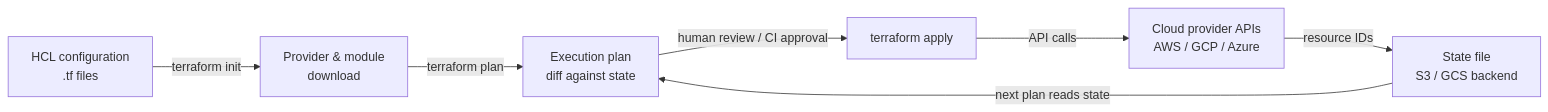
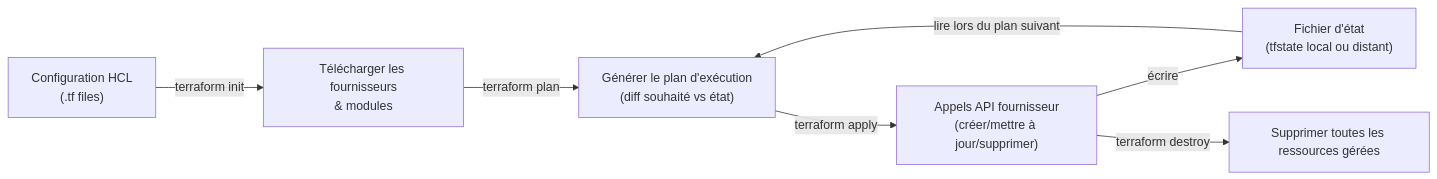
One commit to EmersonBraun/ai-summary-hub changed the diagram in i18n/fr/docusaurus-plugin-content-docs/current/mlops/iac/terraform.md. Above: the diagram before and after it, drawn with Mermaid. The commit also changed other lines of this file and 242 other files, not shown here.

````diff
--- a/i18n/fr/docusaurus-plugin-content-docs/current/mlops/iac/terraform.md
+++ b/i18n/fr/docusaurus-plugin-content-docs/current/mlops/iac/terraform.md
@@ -35,9 +21,9 @@
 ```mermaid
 flowchart LR
-  HCL[HCL configuration\n.tf files] -->|"terraform init"| Init[Provider & module\ndownload]
-  Init -->|"terraform plan"| Plan[Execution plan\ndiff against state]
-  Plan -->|"human review / CI approval"| Apply[terraform apply]
-  Apply -->|"API calls"| Cloud[Cloud provider APIs\nAWS / GCP / Azure]
-  Cloud -->|"resource IDs"| State[State file\nS3 / GCS backend]
-  State -->|"next plan reads state"| Plan
+  Config["Configuration HCL\n(.tf files)"] -->|"terraform init"| Init["Télécharger les fournisseurs\n& modules"]
+  Init -->|"terraform plan"| Plan["Générer le plan d'exécution\n(diff souhaité vs état)"]
+  Plan -->|"terraform apply"| Apply["Appels API fournisseur\n(créer/mettre à jour/supprimer)"]
+  Apply -->|"écrire"| State["Fichier d'état\n(tfstate local ou distant)"]
+  State -->|"lire lors du plan suivant"| Plan
+  Apply -->|"terraform destroy"| Destroy["Supprimer toutes les ressources gérées"]
 ```
````
